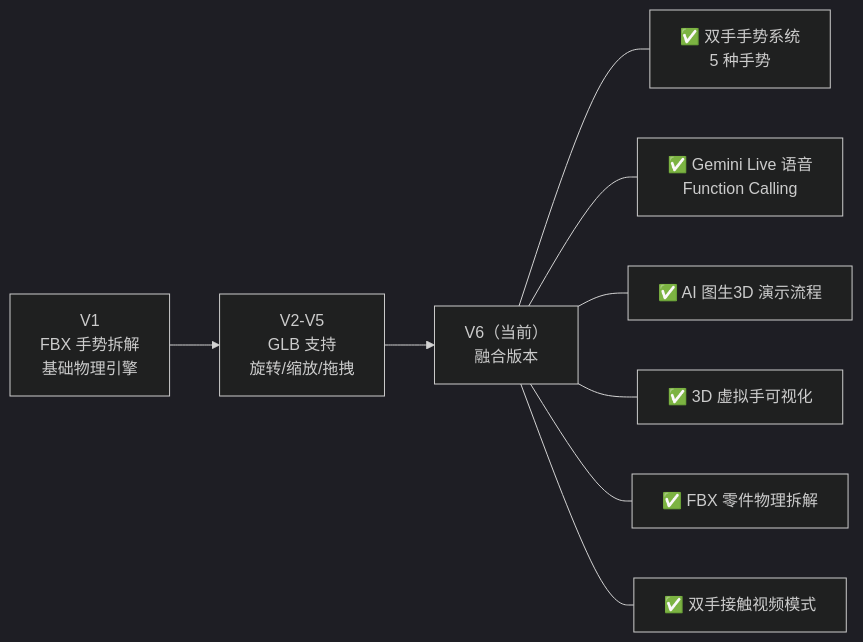
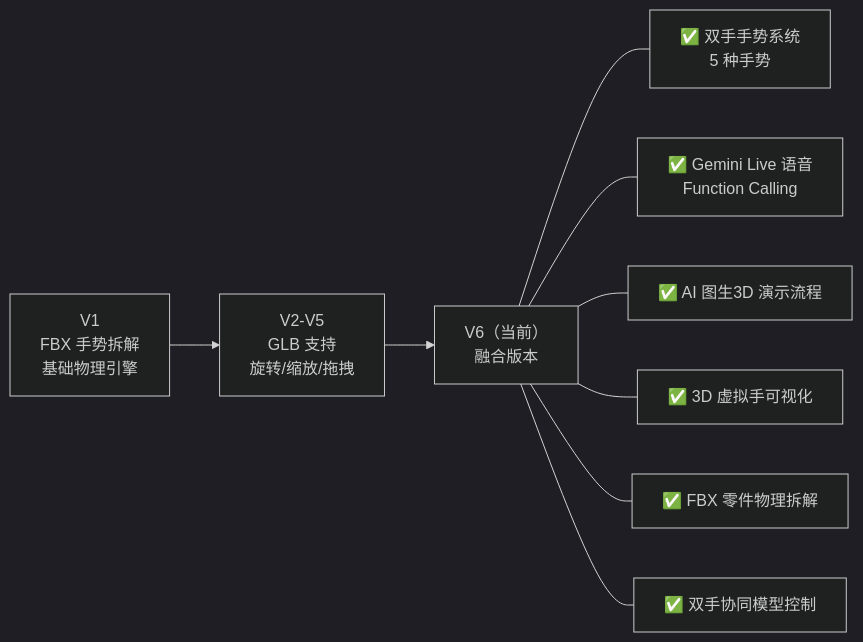
The sixth of 6 diagrams in 技术路线（架构）/walkthrough.md (yuyiling02/Huishi-class), drawn with Mermaid (dark theme) before and after one commit. The commit also changed other lines of this file and 38 other files, not shown here.

````diff
--- a/技术路线（架构）/walkthrough.md
+++ b/技术路线（架构）/walkthrough.md
@@ -416,11 +414,11 @@
 ```mermaid
 graph LR
     V1["V1<br/>FBX 手势拆解<br/>基础物理引擎"] --> V2["V2-V5<br/>GLB 支持<br/>旋转/缩放/拖拽"]
     V2 --> V6["V6（当前）<br/>融合版本"]
     V6 --- F1["✅ 双手手势系统<br/>5 种手势"]
     V6 --- F2["✅ Gemini Live 语音<br/>Function Calling"]
     V6 --- F3["✅ AI 图生3D 演示流程"]
     V6 --- F4["✅ 3D 虚拟手可视化"]
     V6 --- F5["✅ FBX 零件物理拆解"]
-    V6 --- F6["✅ 双手接触视频模式"]
+    V6 --- F6["✅ 双手协同模型控制"]
 ```
````
